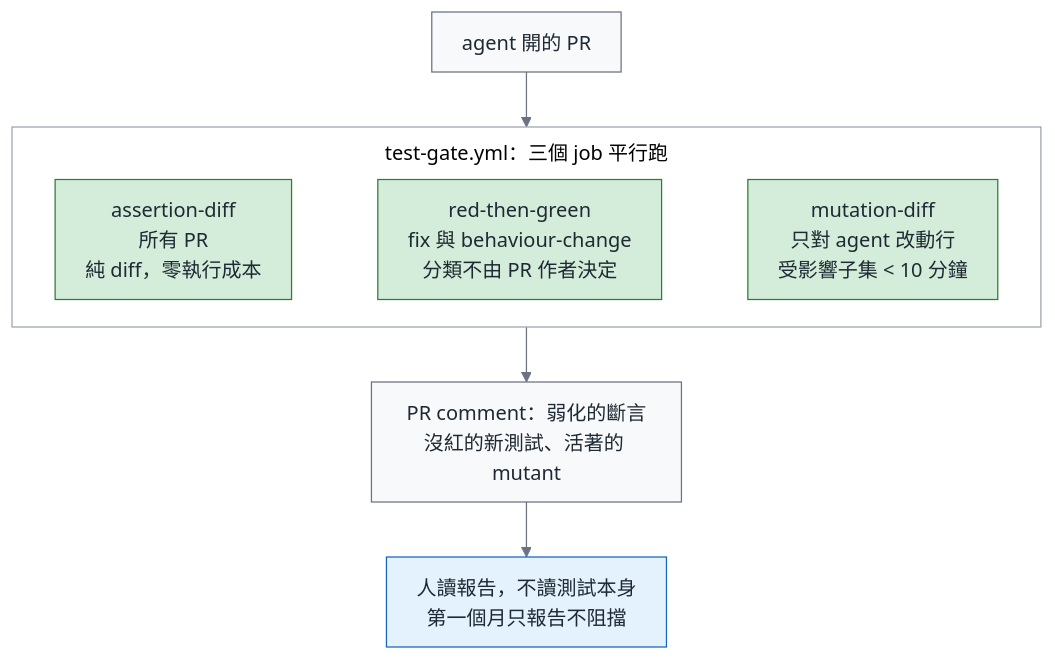
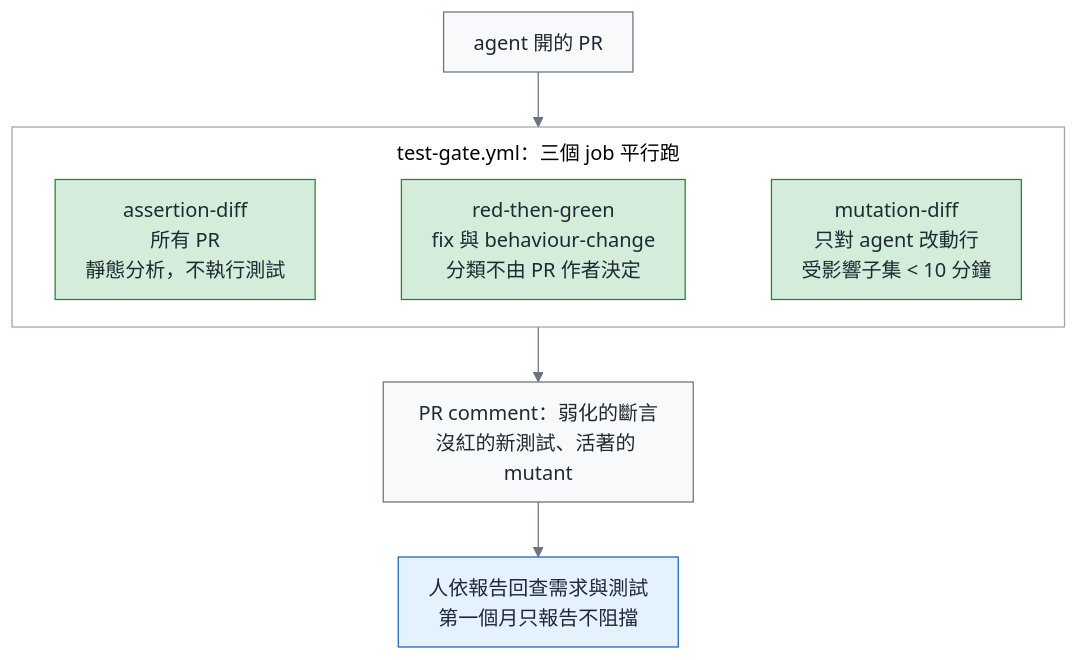
Before and after one commit to fantasybz/medium-articles: the third of 4 diagrams in 2026-10-green-testing/article.md, drawn with Mermaid. The commit also changed other lines of this file and 93 other files, not shown here.

````diff
--- a/2026-10-green-testing/article.md
+++ b/2026-10-green-testing/article.md
@@ -301,41 +301,41 @@
 ```mermaid
 ---
 config:
   theme: base
   themeVariables:
     fontSize: 16px
     primaryColor: "#f8f9fa"
     primaryTextColor: "#1f2933"
     primaryBorderColor: "#6b7280"
     lineColor: "#6b7280"
     secondaryColor: "#f8f9fa"
     tertiaryColor: "#ffffff"
     clusterBkg: "#ffffff"
     clusterBorder: "#9ca3af"
     edgeLabelBackground: "#ffffff"
   flowchart:
     nodeSpacing: 24
     rankSpacing: 44
     padding: 12
     htmlLabels: true
     subGraphTitleMargin:
       top: 8
       bottom: 12
     curve: basis
 ---
 flowchart TB
     classDef own fill:#d4edda,stroke:#2e7d32,color:#1f2933
     classDef buy fill:#fff3cd,stroke:#b8860b,color:#1f2933
     classDef bad fill:#ffe0e0,stroke:#c0392b,color:#1f2933
     classDef human fill:#e3f2fd,stroke:#1565c0,color:#1f2933
     P["agent 開的 PR"]
     subgraph jobs["test-gate.yml：三個 job 平行跑"]
         direction LR
-        J1["assertion-diff<br/>所有 PR<br/>純 diff，零執行成本"] ~~~ J2["red-then-green<br/>fix 與 behaviour-change<br/>分類不由 PR 作者決定"] ~~~ J3["mutation-diff<br/>只對 agent 改動行<br/>受影響子集 #lt; 10 分鐘"]
+        J1["assertion-diff<br/>所有 PR<br/>靜態分析，不執行測試"] ~~~ J2["red-then-green<br/>fix 與 behaviour-change<br/>分類不由 PR 作者決定"] ~~~ J3["mutation-diff<br/>只對 agent 改動行<br/>受影響子集 #lt; 10 分鐘"]
     end
     P --> jobs
     jobs --> R["PR comment：弱化的斷言<br/>沒紅的新測試、活著的 mutant"]
-    R --> H["人讀報告，不讀測試本身<br/>第一個月只報告不阻擋"]
+    R --> H["人依報告回查需求與測試<br/>第一個月只報告不阻擋"]
     class J1,J2,J3 own
     class H human
 ```
````
